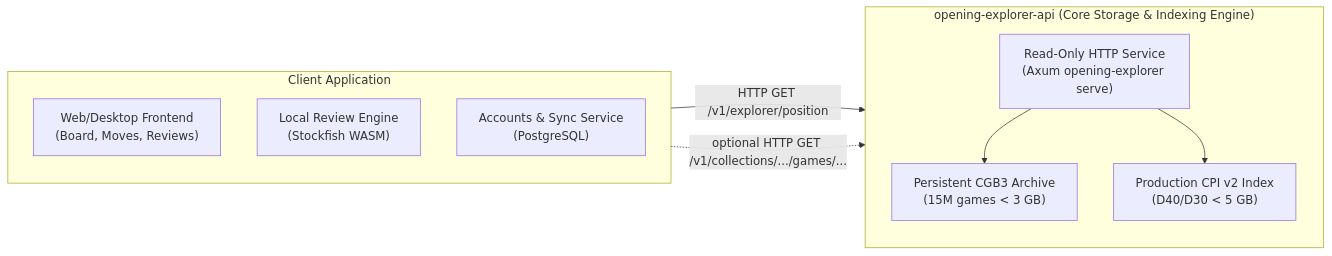
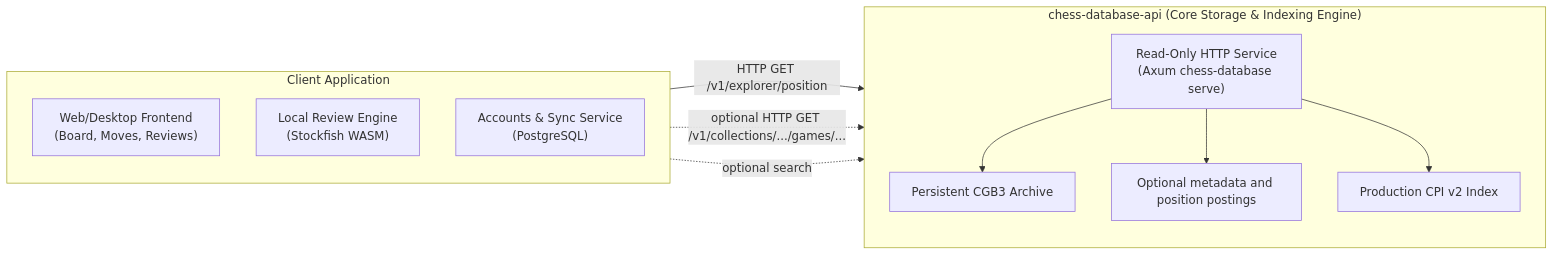
The fourth of 4 diagrams in docs/ARCHITECTURE.md (Nerver-zip/chess-database-api), drawn with Mermaid before and after one commit. The commit also changed other lines of this file and 163 other files, not shown here.

First line of the commit message:
feat: evolve opening explorer into chess database api (#11)

````diff
--- a/docs/ARCHITECTURE.md
+++ b/docs/ARCHITECTURE.md
@@ -245,21 +258,24 @@
 ```mermaid
 graph LR
-    subgraph Engine["opening-explorer-api (Core Storage & Indexing Engine)"]
+    subgraph Engine["chess-database-api (Core Storage & Indexing Engine)"]
         direction TB
-        DB_STORE["Persistent CGB3 Archive<br/>(15M games < 3 GB)"]
-        DB_INDEX["Production CPI v2 Index<br/>(D40/D30 < 5 GB)"]
-        DB_API["Read-Only HTTP Service<br/>(Axum opening-explorer serve)"]
+        DB_STORE["Persistent CGB3 Archive"]
+        DB_INDEX["Production CPI v2 Index"]
+        DB_SEARCH["Optional metadata and position postings"]
+        DB_API["Read-Only HTTP Service<br/>(Axum chess-database serve)"]
     end
 
     subgraph Client["Client Application"]
         direction TB
         CLIENT_WEB["Web/Desktop Frontend<br/>(Board, Moves, Reviews)"]
         CLIENT_LOCAL["Local Review Engine<br/>(Stockfish WASM)"]
         CLIENT_SYNC["Accounts & Sync Service<br/>(PostgreSQL)"]
     end
 
     CLIENT_WEB -->|HTTP GET /v1/explorer/position| DB_API
     CLIENT_WEB -.->|optional HTTP GET /v1/collections/.../games/...| DB_API
+    CLIENT_WEB -.->|optional search| DB_API
+    DB_API --> DB_SEARCH
     DB_API --> DB_INDEX
     DB_API --> DB_STORE
 ```
````
